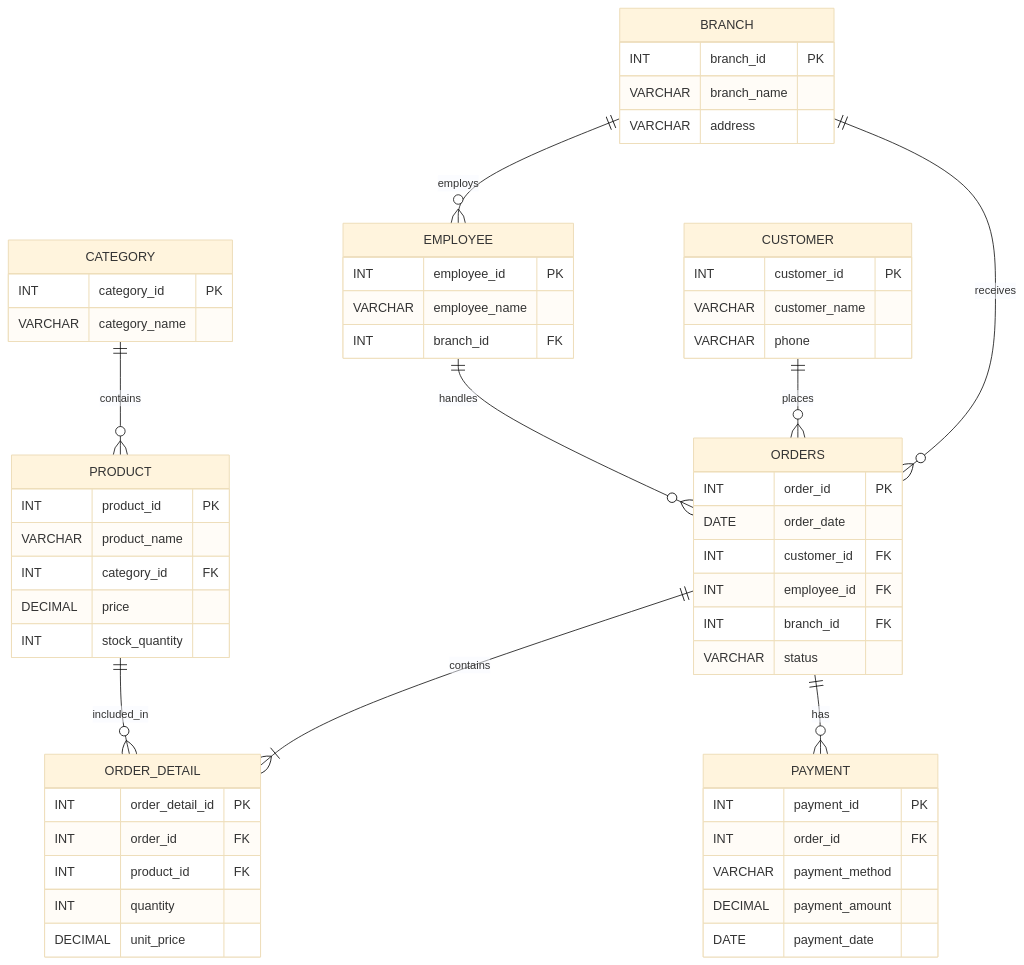
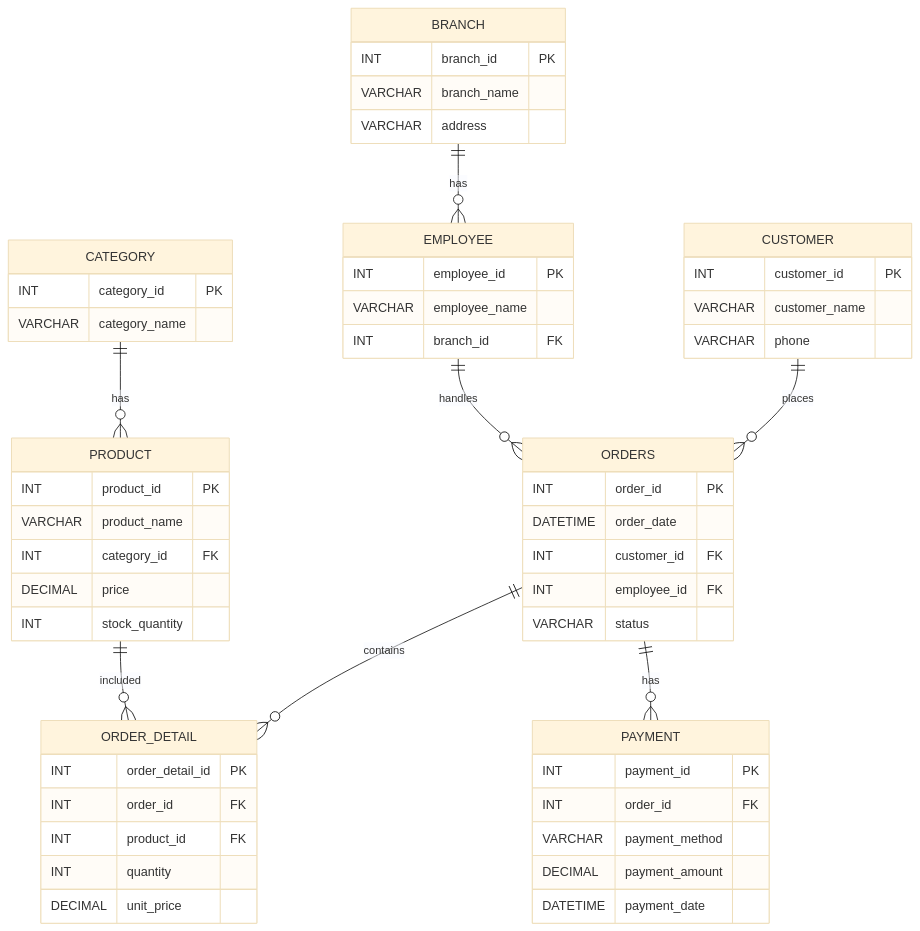
The diagram in erd.md (uskhuu406/lab1), drawn with Mermaid (base theme) before and after one commit. The commit also changed other lines of this file and 8 other files, not shown here.

````diff
--- a/erd.md
+++ b/erd.md
@@ -3,76 +3,66 @@
 ```mermaid
 erDiagram
 
-    CATEGORY ||--o{ PRODUCT : contains
-
-    BRANCH ||--o{ EMPLOYEE : employs
-
+    CATEGORY ||--o{ PRODUCT : has
+    BRANCH ||--o{ EMPLOYEE : has
     CUSTOMER ||--o{ ORDERS : places
-
     EMPLOYEE ||--o{ ORDERS : handles
-
-    BRANCH ||--o{ ORDERS : receives
-
-    ORDERS ||--|{ ORDER_DETAIL : contains
-
-    PRODUCT ||--o{ ORDER_DETAIL : included_in
-
+    ORDERS ||--o{ ORDER_DETAIL : contains
+    PRODUCT ||--o{ ORDER_DETAIL : included
     ORDERS ||--o{ PAYMENT : has
-
 
     CATEGORY {
         INT category_id PK
         VARCHAR category_name
     }
 
     PRODUCT {
         INT product_id PK
         VARCHAR product_name
         INT category_id FK
         DECIMAL price
         INT stock_quantity
     }
 
     CUSTOMER {
         INT customer_id PK
         VARCHAR customer_name
         VARCHAR phone
     }
 
     BRANCH {
         INT branch_id PK
         VARCHAR branch_name
         VARCHAR address
     }
 
     EMPLOYEE {
         INT employee_id PK
         VARCHAR employee_name
         INT branch_id FK
     }
 
     ORDERS {
         INT order_id PK
-        DATE order_date
+        DATETIME order_date
         INT customer_id FK
         INT employee_id FK
-        INT branch_id FK
         VARCHAR status
     }
 
     ORDER_DETAIL {
         INT order_detail_id PK
         INT order_id FK
         INT product_id FK
         INT quantity
         DECIMAL unit_price
     }
 
     PAYMENT {
         INT payment_id PK
         INT order_id FK
         VARCHAR payment_method
         DECIMAL payment_amount
-        DATE payment_date
+        DATETIME payment_date
     }
 ```
````
